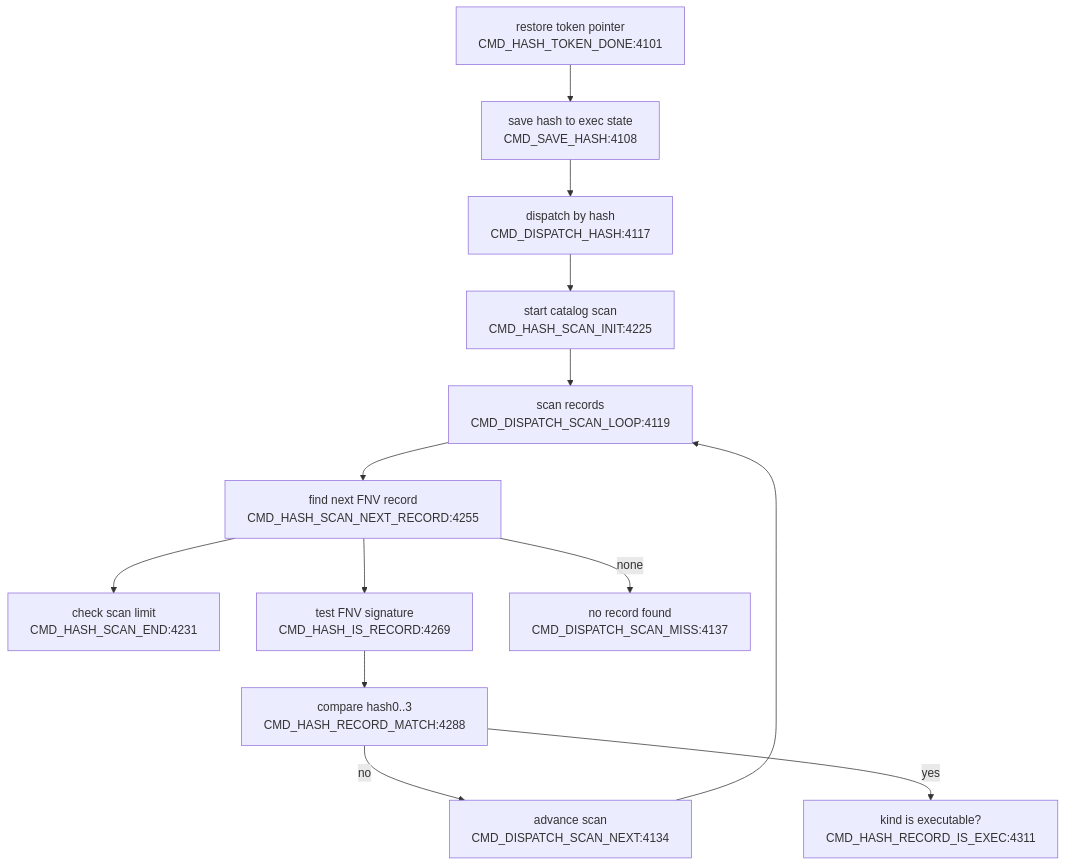
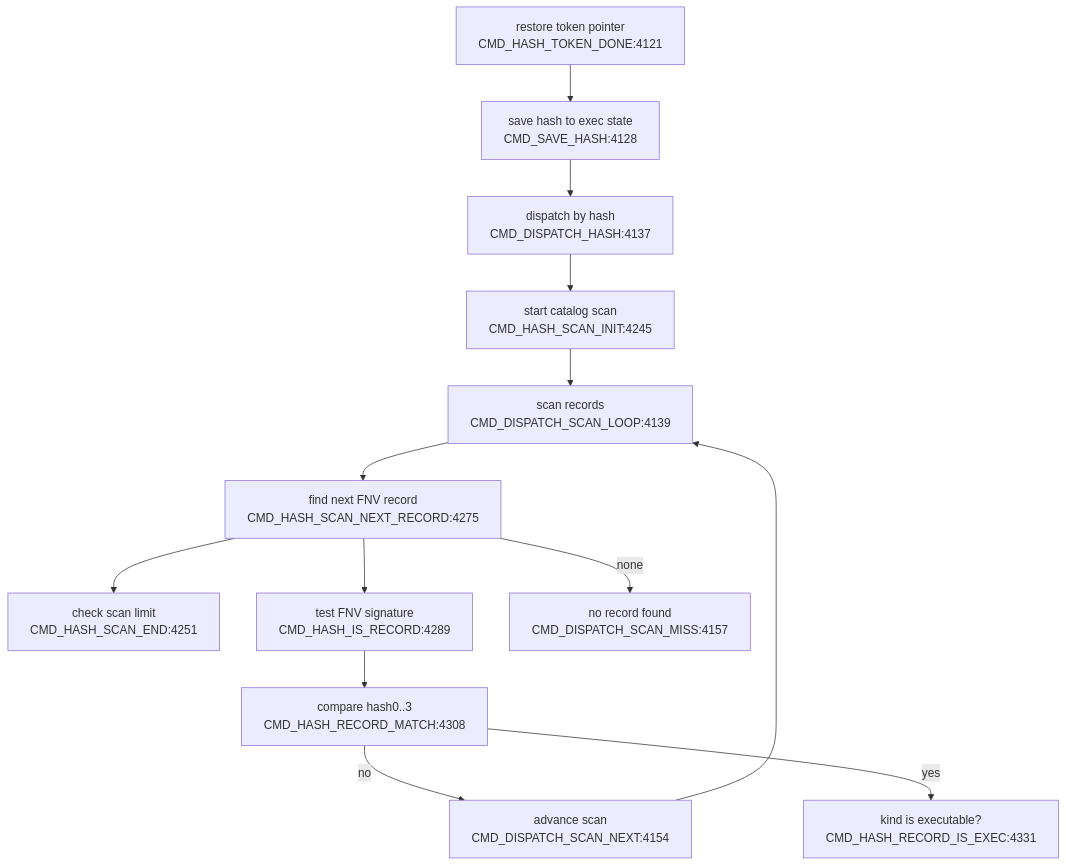
One commit to 95westus/R-YORS changed the third of 4 diagrams in DOC/GENERATED/CMD_FLOW_MAP.md. Above: the diagram before and after it, drawn with Mermaid. The commit also changed other lines of this file and 59 other files, not shown here.

````diff
--- a/DOC/GENERATED/CMD_FLOW_MAP.md
+++ b/DOC/GENERATED/CMD_FLOW_MAP.md
@@ -40,15 +40,15 @@
 ```mermaid
 flowchart TD
-    DONE["restore token pointer<br/>CMD_HASH_TOKEN_DONE:4101"] --> SAVEHASH["save hash to exec state<br/>CMD_SAVE_HASH:4108"]
-    SAVEHASH --> DISPATCH["dispatch by hash<br/>CMD_DISPATCH_HASH:4117"]
-    DISPATCH --> SCANINIT["start catalog scan<br/>CMD_HASH_SCAN_INIT:4225"]
-    SCANINIT --> SCANLOOP["scan records<br/>CMD_DISPATCH_SCAN_LOOP:4119"]
-    SCANLOOP --> NEXTREC["find next FNV record<br/>CMD_HASH_SCAN_NEXT_RECORD:4255"]
-    NEXTREC --> ENDCHK["check scan limit<br/>CMD_HASH_SCAN_END:4231"]
-    NEXTREC --> ISREC["test FNV signature<br/>CMD_HASH_IS_RECORD:4269"]
-    NEXTREC -->|none| MISS["no record found<br/>CMD_DISPATCH_SCAN_MISS:4137"]
-    ISREC --> MATCH["compare hash0..3<br/>CMD_HASH_RECORD_MATCH:4288"]
-    MATCH -->|no| ADV["advance scan<br/>CMD_DISPATCH_SCAN_NEXT:4134"]
+    DONE["restore token pointer<br/>CMD_HASH_TOKEN_DONE:4121"] --> SAVEHASH["save hash to exec state<br/>CMD_SAVE_HASH:4128"]
+    SAVEHASH --> DISPATCH["dispatch by hash<br/>CMD_DISPATCH_HASH:4137"]
+    DISPATCH --> SCANINIT["start catalog scan<br/>CMD_HASH_SCAN_INIT:4245"]
+    SCANINIT --> SCANLOOP["scan records<br/>CMD_DISPATCH_SCAN_LOOP:4139"]
+    SCANLOOP --> NEXTREC["find next FNV record<br/>CMD_HASH_SCAN_NEXT_RECORD:4275"]
+    NEXTREC --> ENDCHK["check scan limit<br/>CMD_HASH_SCAN_END:4251"]
+    NEXTREC --> ISREC["test FNV signature<br/>CMD_HASH_IS_RECORD:4289"]
+    NEXTREC -->|none| MISS["no record found<br/>CMD_DISPATCH_SCAN_MISS:4157"]
+    ISREC --> MATCH["compare hash0..3<br/>CMD_HASH_RECORD_MATCH:4308"]
+    MATCH -->|no| ADV["advance scan<br/>CMD_DISPATCH_SCAN_NEXT:4154"]
     ADV --> SCANLOOP
-    MATCH -->|yes| EXECOK["kind is executable?<br/>CMD_HASH_RECORD_IS_EXEC:4311"]
+    MATCH -->|yes| EXECOK["kind is executable?<br/>CMD_HASH_RECORD_IS_EXEC:4331"]
 ```
````
